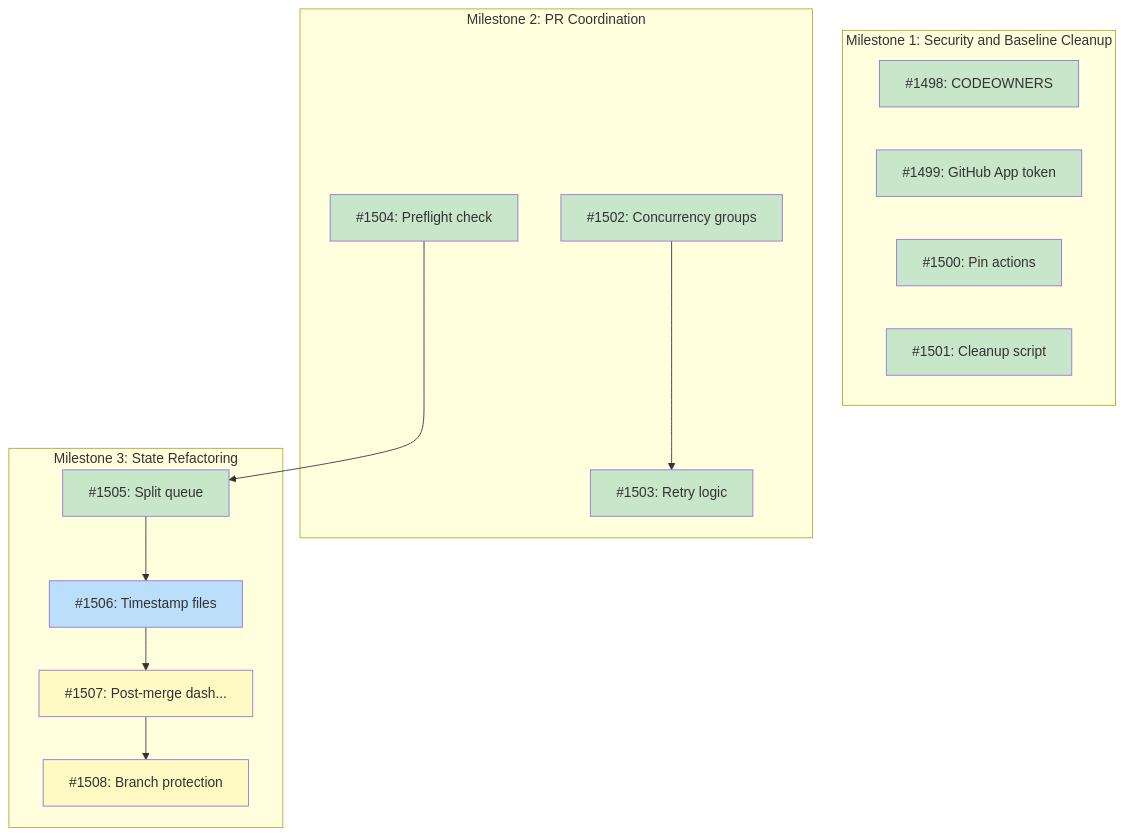
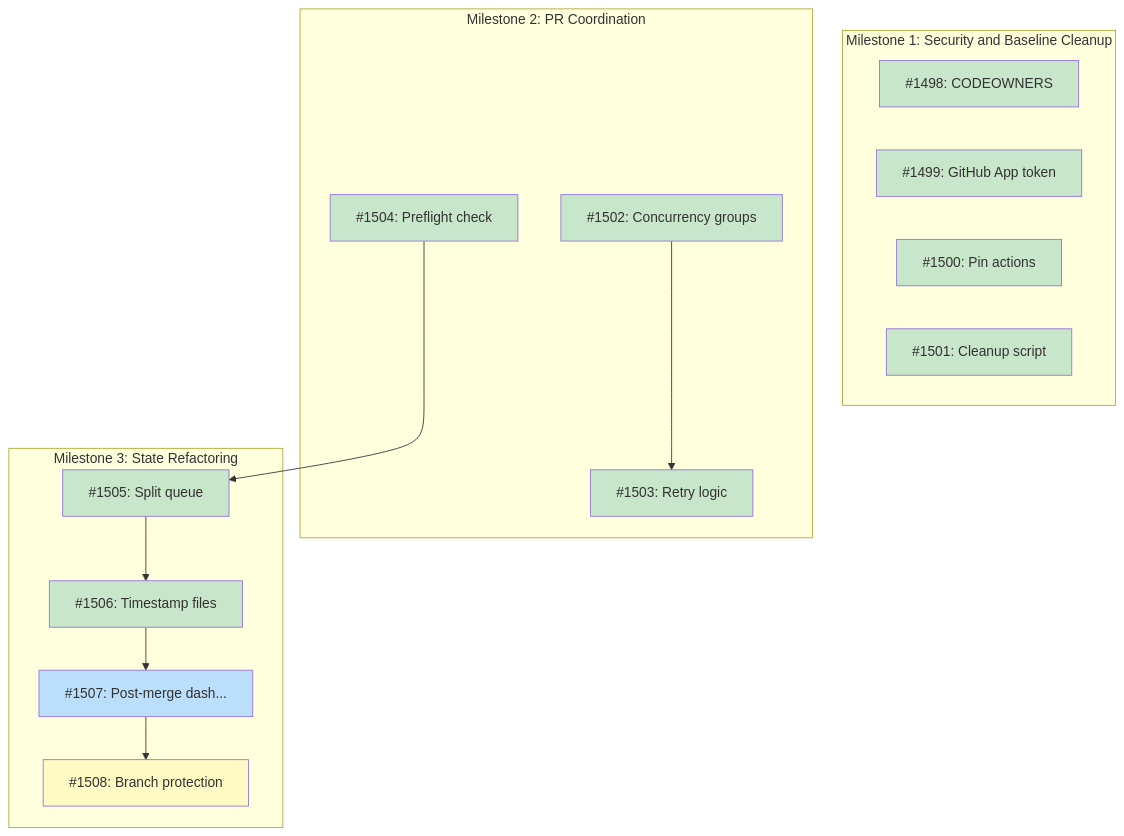
The diagram in docs/designs/DESIGN-batch-pr-coordination.md (tsukumogami/tsuku), drawn with Mermaid before and after one commit. The commit also changed other lines of this file and 6 other files, not shown here.

````diff
--- a/docs/designs/DESIGN-batch-pr-coordination.md
+++ b/docs/designs/DESIGN-batch-pr-coordination.md
@@ -80,37 +80,37 @@
 ```mermaid
 graph TD
     subgraph M1["Milestone 1: Security and Baseline Cleanup"]
         I1498["#1498: CODEOWNERS"]
         I1499["#1499: GitHub App token"]
         I1500["#1500: Pin actions"]
         I1501["#1501: Cleanup script"]
     end
 
     subgraph M2["Milestone 2: PR Coordination"]
         I1502["#1502: Concurrency groups"]
         I1503["#1503: Retry logic"]
         I1504["#1504: Preflight check"]
     end
 
     subgraph M3["Milestone 3: State Refactoring"]
         I1505["#1505: Split queue"]
         I1506["#1506: Timestamp files"]
         I1507["#1507: Post-merge dash..."]
         I1508["#1508: Branch protection"]
     end
 
     I1502 --> I1503
     I1504 --> I1505
     I1505 --> I1506
     I1506 --> I1507
     I1507 --> I1508
 
     classDef done fill:#c8e6c9
     classDef ready fill:#bbdefb
     classDef blocked fill:#fff9c4
     classDef needsDesign fill:#e1bee7
 
-    class I1498,I1499,I1500,I1501,I1502,I1503,I1504,I1505 done
-    class I1506 ready
-    class I1507,I1508 blocked
+    class I1498,I1499,I1500,I1501,I1502,I1503,I1504,I1505,I1506 done
+    class I1507 ready
+    class I1508 blocked
 ```
````
